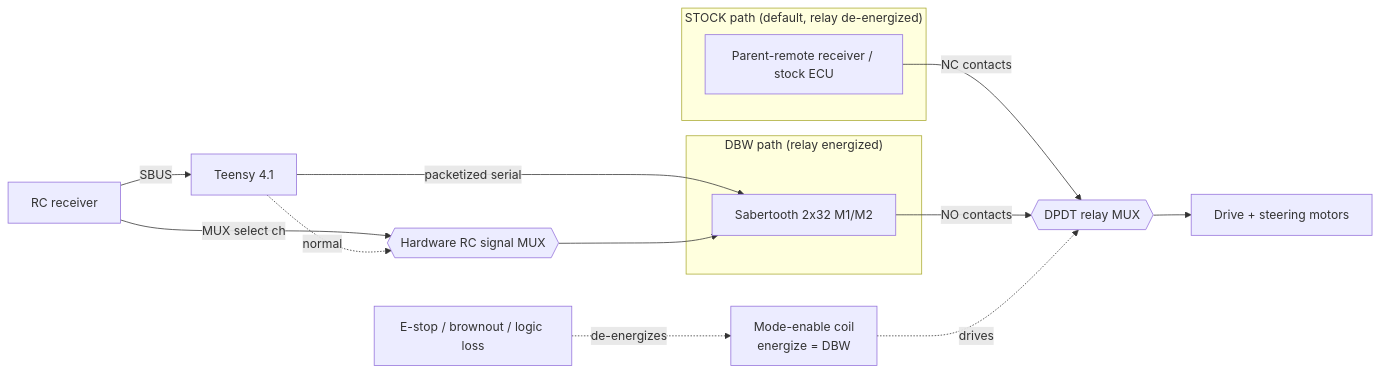
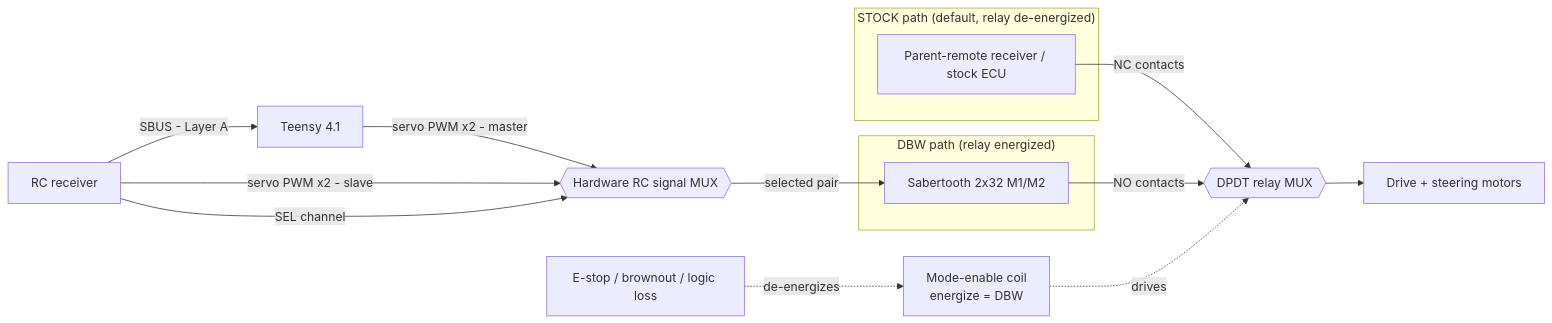
The diagram in docs/design/dbw.md (jrkwon/mrider), drawn with Mermaid before and after one commit. The commit also changed other lines of this file and 13 other files, not shown here.

````diff
--- a/docs/design/dbw.md
+++ b/docs/design/dbw.md
@@ -319,19 +359,19 @@
 ```mermaid
 flowchart LR
     subgraph STOCK["STOCK path (default, relay de-energized)"]
       PR[Parent-remote receiver / stock ECU]
     end
     subgraph DBW["DBW path (relay energized)"]
       SB[Sabertooth 2x32 M1/M2]
     end
-    TEENSY[Teensy 4.1] -->|packetized serial| SB
-    RC[RC receiver] -->|SBUS| TEENSY
-    RC -->|MUX select ch| SMUX{{Hardware RC signal MUX}}
-    TEENSY -.->|normal| SMUX
-    SMUX --> SB
+    TEENSY[Teensy 4.1] -->|servo PWM x2 - master| SMUX{{Hardware RC signal MUX}}
+    RC[RC receiver] -->|SBUS - Layer A| TEENSY
+    RC -->|servo PWM x2 - slave| SMUX
+    RC -->|SEL channel| SMUX
+    SMUX -->|selected pair| SB
     PR -->|NC contacts| RLY{{DPDT relay MUX}}
     SB -->|NO contacts| RLY
     EN[Mode-enable coil<br/>energize = DBW] -.drives.-> RLY
     RLY --> MOT[Drive + steering motors]
     ESTOP[E-stop / brownout / logic loss] -.de-energizes.-> EN
 ```
````
